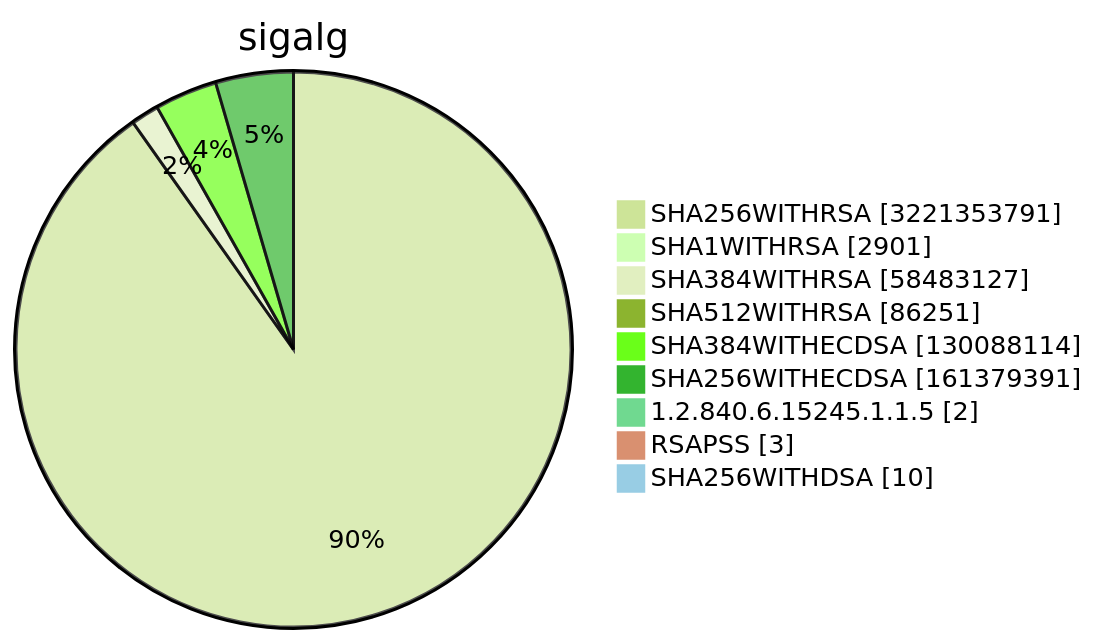
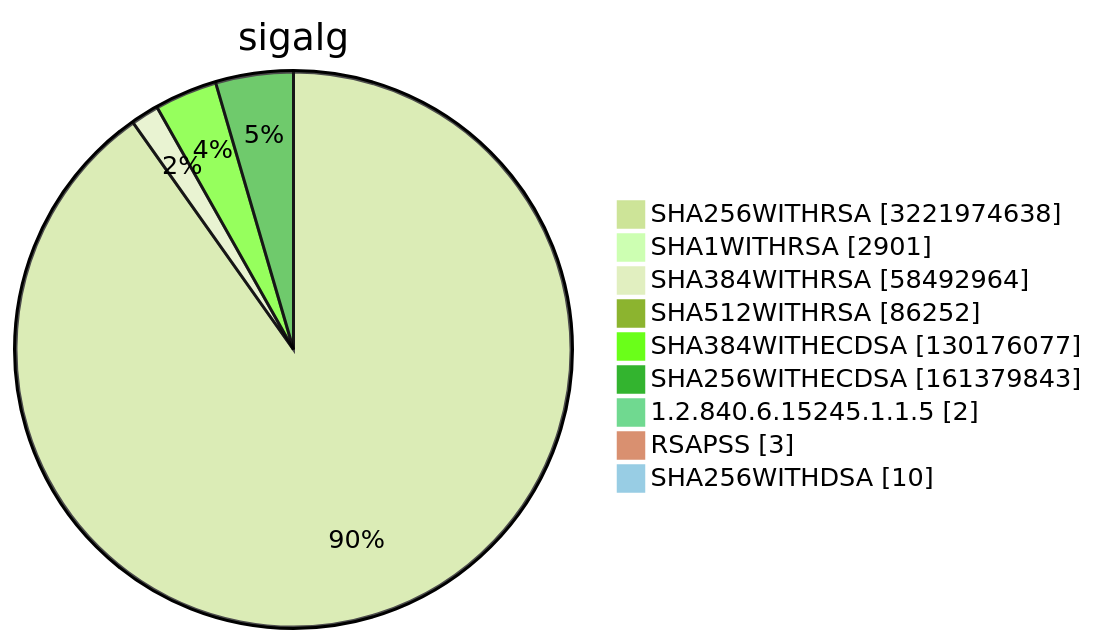
Diagram 15 of 15 in TOTAL/README.md (christiankrug/ctmonitor_visualization), drawn with Mermaid (forest theme) before and after one commit. The commit also changed other lines of this file, not shown here.

````diff
--- a/TOTAL/README.md
+++ b/TOTAL/README.md
@@ -6217,13 +6217,13 @@
 ```mermaid
 pie showData
 title sigalg
-"SHA256WITHRSA" :3221353791
+"SHA256WITHRSA" :3221974638
 "SHA1WITHRSA" :2901
-"SHA384WITHRSA" :58483127
-"SHA512WITHRSA" :86251
-"SHA384WITHECDSA" :130088114
-"SHA256WITHECDSA" :161379391
+"SHA384WITHRSA" :58492964
+"SHA512WITHRSA" :86252
+"SHA384WITHECDSA" :130176077
+"SHA256WITHECDSA" :161379843
 "1.2.840.6.15245.1.1.5" :2
 "RSAPSS" :3
 "SHA256WITHDSA" :10
 ```
````
